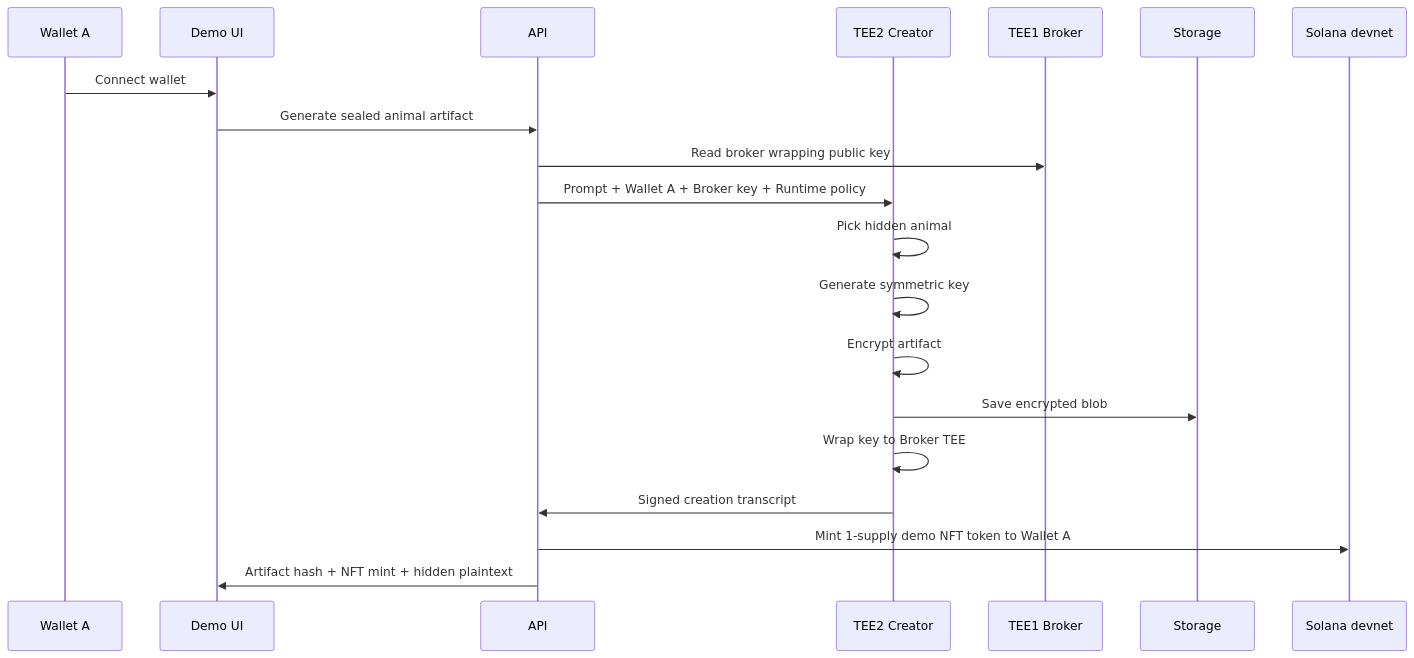
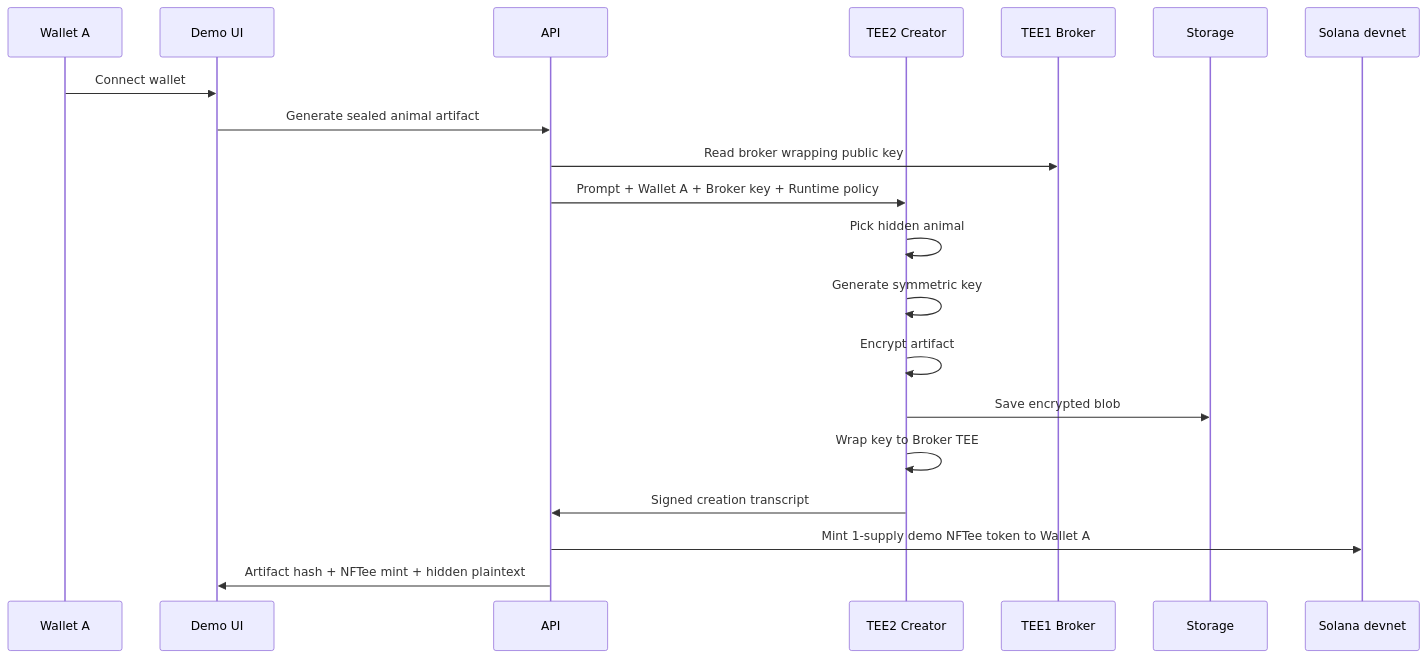
The second of 4 diagrams in docs/ARCHITECTURE.md (clan-world/sealed-skill-nft-demo), drawn with Mermaid before and after one commit. The commit also changed other lines of this file and 17 other files, not shown here.

````diff
--- a/docs/ARCHITECTURE.md
+++ b/docs/ARCHITECTURE.md
@@ -58,23 +58,23 @@
 ```mermaid
 sequenceDiagram
     participant A as Wallet A
     participant UI as Demo UI
     participant API as API
     participant Creator as TEE2 Creator
     participant Broker as TEE1 Broker
     participant Storage as Storage
     participant Solana as Solana devnet
 
     A->>UI: Connect wallet
     UI->>API: Generate sealed animal artifact
     API->>Broker: Read broker wrapping public key
     API->>Creator: Prompt + Wallet A + Broker key + Runtime policy
     Creator->>Creator: Pick hidden animal
     Creator->>Creator: Generate symmetric key
     Creator->>Creator: Encrypt artifact
     Creator->>Storage: Save encrypted blob
     Creator->>Creator: Wrap key to Broker TEE
     Creator->>API: Signed creation transcript
-    API->>Solana: Mint 1-supply demo NFT token to Wallet A
-    API->>UI: Artifact hash + NFT mint + hidden plaintext
+    API->>Solana: Mint 1-supply demo NFTee token to Wallet A
+    API->>UI: Artifact hash + NFTee mint + hidden plaintext
 ```
````
